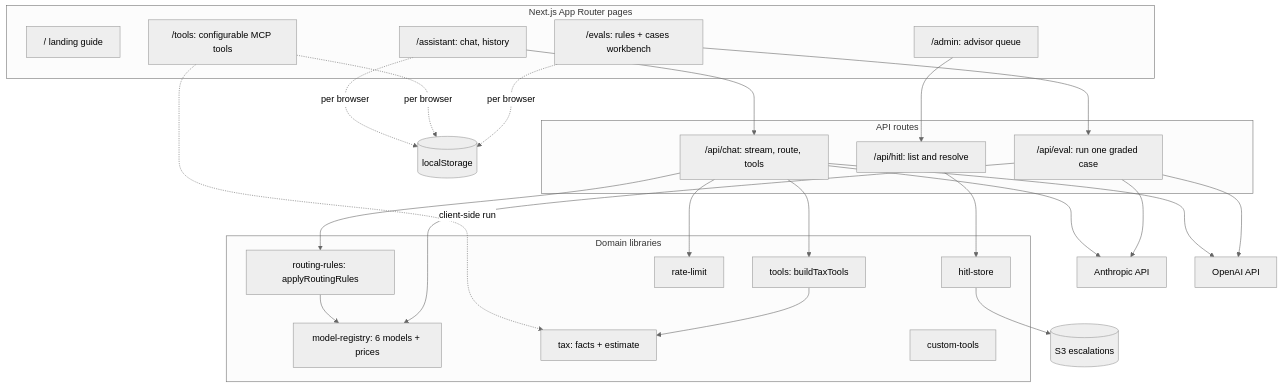
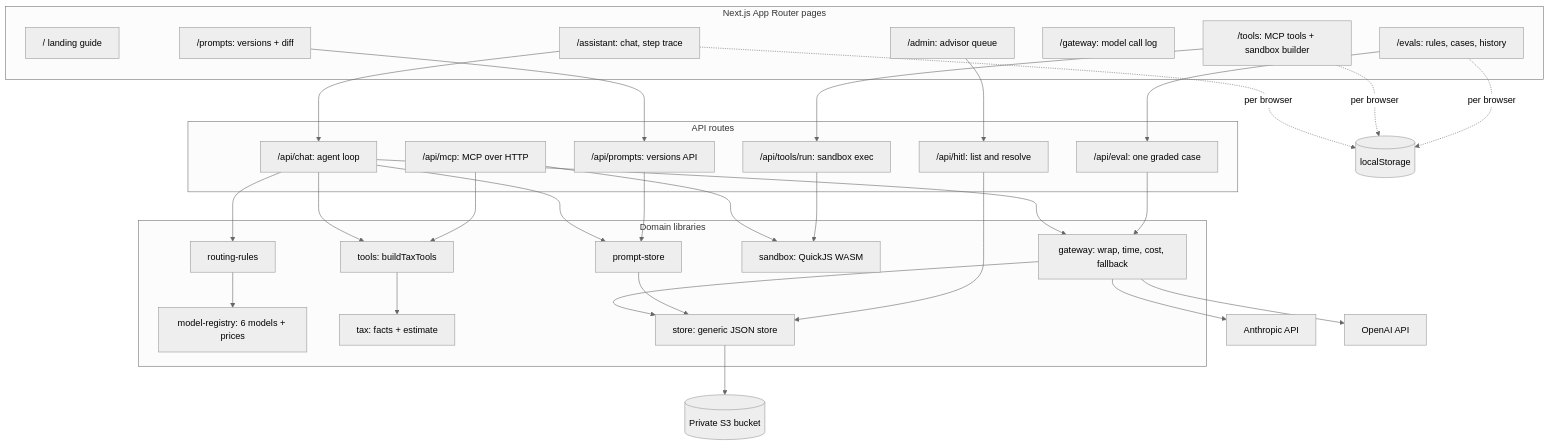
One commit to elleskay/ai-tax-assistant-platform changed the fourth of 8 diagrams in README.md. Above: the diagram before and after it, drawn with Mermaid (neutral theme). The commit also changed other lines of this file and 27 other files, not shown here.

First line of the commit message:
feat(web): QuickJS sandbox, MCP server, and a visible multi-step agent trace

````diff
--- a/README.md
+++ b/README.md
@@ -172,46 +240,58 @@
 ```mermaid
 flowchart TD
   subgraph UI["Next.js App Router pages"]
     L["/ landing guide"]
-    A["/assistant: chat, history"]
-    TL["/tools: configurable MCP tools"]
-    E["/evals: rules + cases workbench"]
+    A["/assistant: chat, step trace"]
+    TL["/tools: MCP tools + sandbox builder"]
+    E["/evals: rules, cases, history"]
+    GW["/gateway: model call log"]
+    PR["/prompts: versions + diff"]
     AD["/admin: advisor queue"]
   end
 
   subgraph APIRoutes["API routes"]
-    C["/api/chat: stream, route, tools"]
-    EV["/api/eval: run one graded case"]
+    C["/api/chat: agent loop"]
+    EV["/api/eval: one graded case"]
+    MCP["/api/mcp: MCP over HTTP"]
+    TR["/api/tools/run: sandbox exec"]
+    PA["/api/prompts: versions API"]
     HI["/api/hitl: list and resolve"]
   end
 
   subgraph Lib[Domain libraries]
-    RR[routing-rules: applyRoutingRules]
+    GA[gateway: wrap, time, cost, fallback]
+    RR[routing-rules]
     MR[model-registry: 6 models + prices]
     TO[tools: buildTaxTools]
     TX[tax: facts + estimate]
-    CT[custom-tools]
-    HS[hitl-store]
-    RT[rate-limit]
+    SB[sandbox: QuickJS WASM]
+    PS[prompt-store]
+    ST[store: generic JSON store]
   end
 
   A --> C
   E --> EV
+  TL --> TR
+  PR --> PA
   AD --> HI
-  TL -. client-side run .-> TX
 
   C --> RR --> MR
+  C --> GA
   C --> TO --> TX
-  C --> RT
-  EV --> MR
-  HI --> HS
+  C --> PS
+  EV --> GA
+  MCP --> TO
+  MCP --> SB
+  TR --> SB
+  PA --> PS
 
-  C --> ANTH[Anthropic API]
-  C --> OAI[OpenAI API]
-  EV --> ANTH
-  EV --> OAI
-  HS --> S3[(S3 escalations)]
+  GA --> ANTH[Anthropic API]
+  GA --> OAI[OpenAI API]
+  GA --> ST
+  PS --> ST
+  HI --> ST
+  ST --> S3[(Private S3 bucket)]
   A -. per browser .-> LS[(localStorage)]
   TL -. per browser .-> LS
   E -. per browser .-> LS
 ```
````
